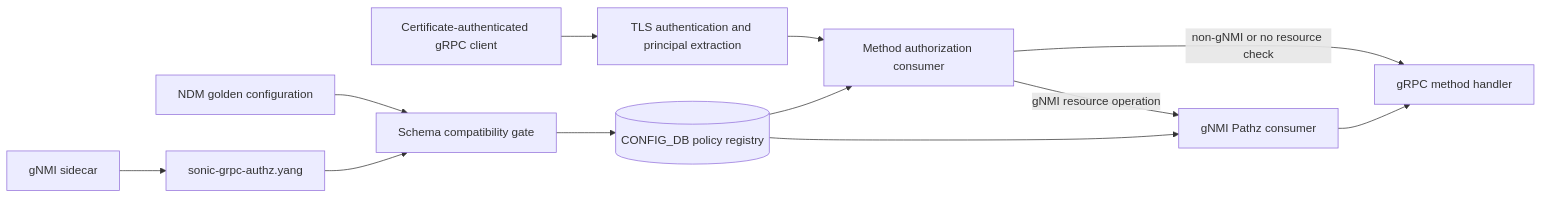
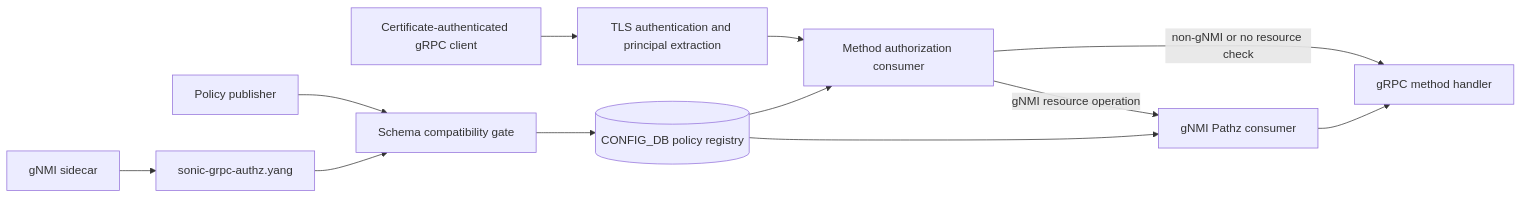
One commit to sonic-net/SONiC changed the first of 2 diagrams in doc/mgmt/gnmi/grpc_authentication_authorization_policy_hld.md. Above: the diagram before and after it, drawn with Mermaid. The commit also changed other lines of this file, not shown here.

Commit message:
[doc] Use public policy publisher terminology

````diff
--- a/doc/mgmt/gnmi/grpc_authentication_authorization_policy_hld.md
+++ b/doc/mgmt/gnmi/grpc_authentication_authorization_policy_hld.md
@@ -149,21 +148,21 @@
 ```mermaid
 flowchart LR
     Client[Certificate-authenticated gRPC client]
     TLS[TLS authentication and principal extraction]
     Method[Method authorization consumer]
     Pathz[gNMI Pathz consumer]
     Handler[gRPC method handler]
     DB[(CONFIG_DB policy registry)]
-    NDM[NDM golden configuration]
+    Publisher[Policy publisher]
     Gate[Schema compatibility gate]
     Sidecar[gNMI sidecar]
     Schema[sonic-grpc-authz.yang]
 
     Client --> TLS --> Method
     Method -->|non-gNMI or no resource check| Handler
     Method -->|gNMI resource operation| Pathz --> Handler
     DB --> Method
     DB --> Pathz
-    NDM --> Gate --> DB
+    Publisher --> Gate --> DB
     Sidecar --> Schema --> Gate
 ```
````
